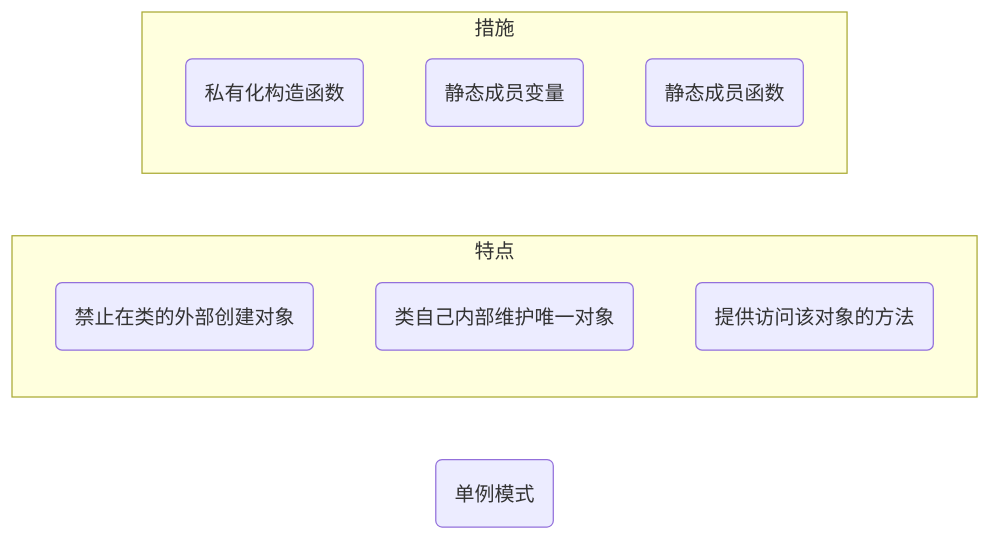
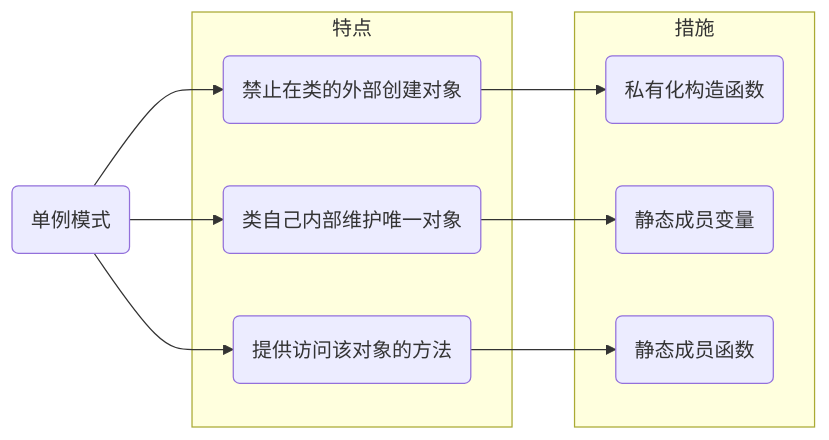
The diagram in _posts/Language/C&C++/DesignPattern/2022-09-26-单例模式.md (dmjcb/dmjcb.github.io), drawn with Mermaid before and after one commit. The commit also changed other lines of this file and 122 other files, not shown here.

Commit message:
修复图形显示BUG

````diff
--- a/_posts/Language/C&C++/DesignPattern/2022-09-26-单例模式.md
+++ b/_posts/Language/C&C++/DesignPattern/2022-09-26-单例模式.md
@@ -15,17 +15,20 @@
 ```mermaid
 graph LR;
     S(单例模式)
 
     subgraph T[特点]
         A(禁止在类的外部创建对象)
         B(类自己内部维护唯一对象)
         C(提供访问该对象的方法)
     end
 
     subgraph R[措施]
         A1(私有化构造函数)
         B1(静态成员变量)
         C1(静态成员函数)
     end
 
+    S-->A-->A1
+    S-->B-->B1
+    S-->C-->C1
 ```
````
